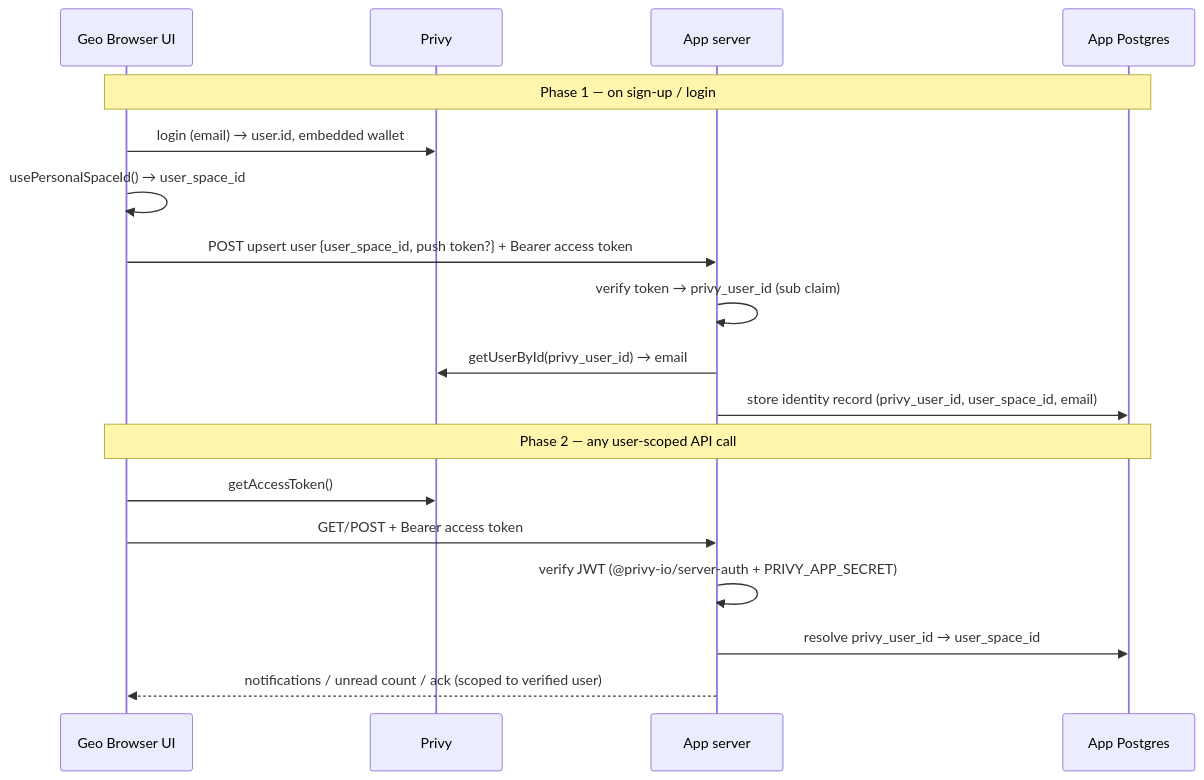
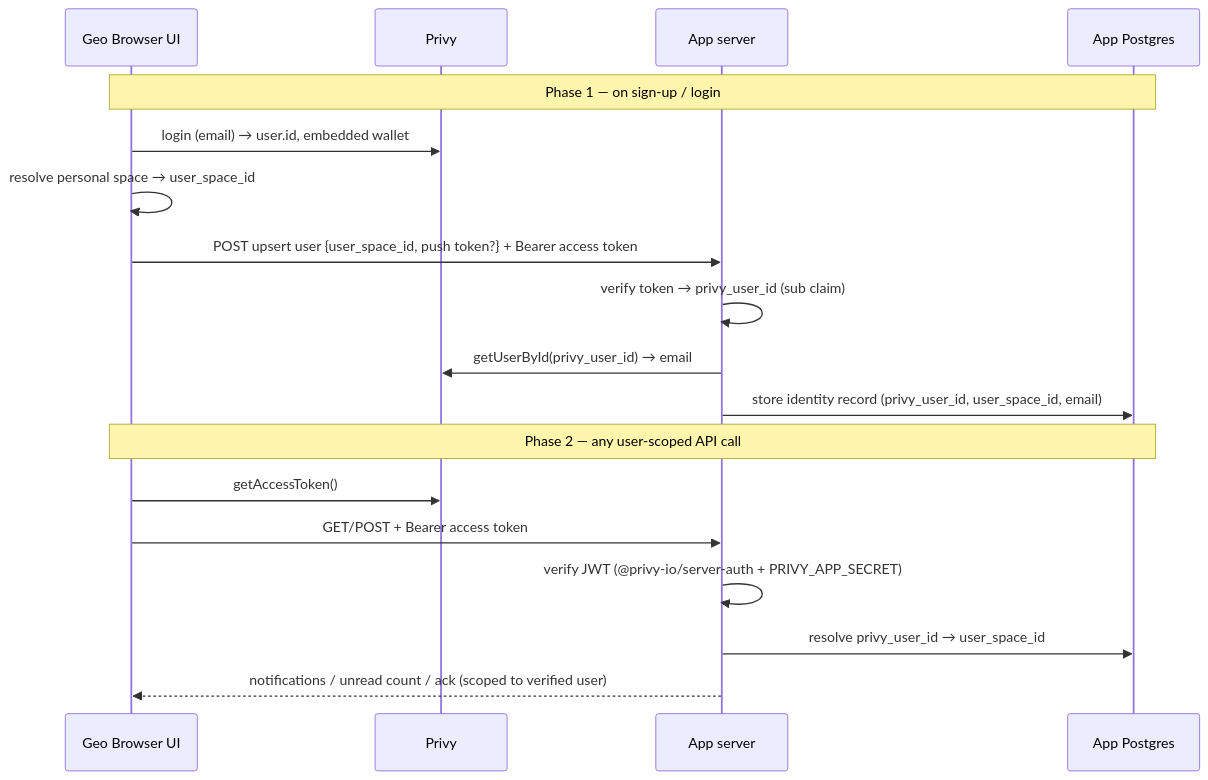
One commit to geobrowser/gaia changed the third of 3 diagrams in docs/notifications-mvp-prd.md. Above: the diagram before and after it, drawn with Mermaid. The commit also changed other lines of this file, not shown here.

````diff
--- a/docs/notifications-mvp-prd.md
+++ b/docs/notifications-mvp-prd.md
@@ -154,22 +154,22 @@
 ```mermaid
 sequenceDiagram
     participant FE as Geo Browser UI
     participant Privy as Privy
     participant AS as App server
     participant DB as App Postgres
 
     Note over FE,DB: Phase 1 — on sign-up / login
     FE->>Privy: login (email) → user.id, embedded wallet
-    FE->>FE: usePersonalSpaceId() → user_space_id
+    FE->>FE: resolve personal space → user_space_id
     FE->>AS: POST upsert user {user_space_id, push token?} + Bearer access token
     AS->>AS: verify token → privy_user_id (sub claim)
     AS->>Privy: getUserById(privy_user_id) → email
     AS->>DB: store identity record (privy_user_id, user_space_id, email)
 
     Note over FE,DB: Phase 2 — any user-scoped API call
     FE->>Privy: getAccessToken()
     FE->>AS: GET/POST + Bearer access token
     AS->>AS: verify JWT (@privy-io/server-auth + PRIVY_APP_SECRET)
     AS->>DB: resolve privy_user_id → user_space_id
     AS-->>FE: notifications / unread count / ack (scoped to verified user)
 ```
````
